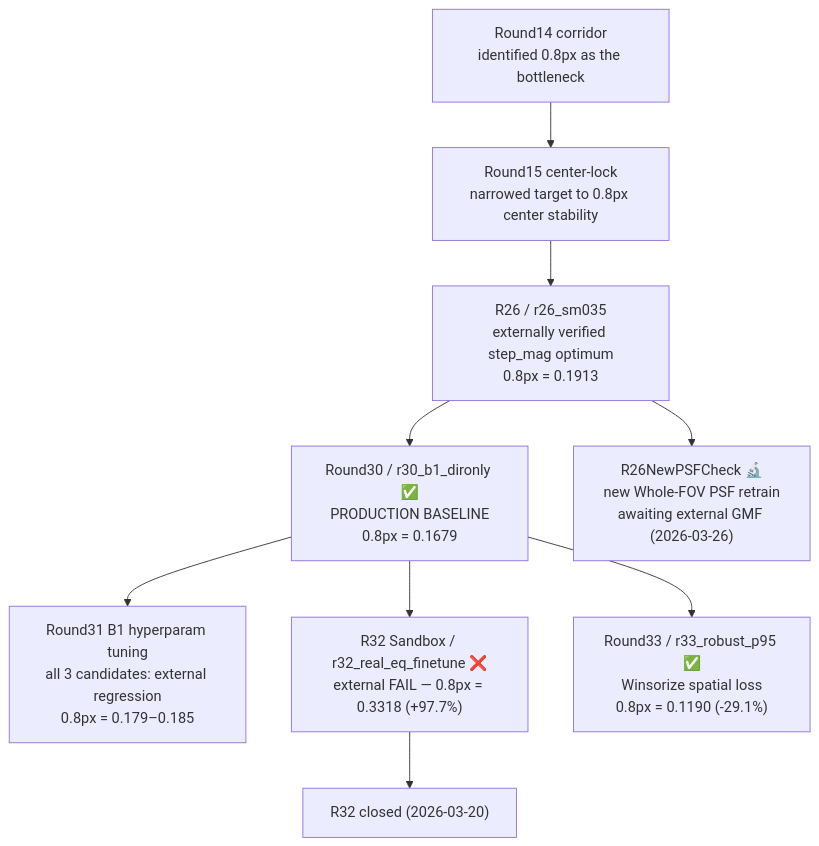
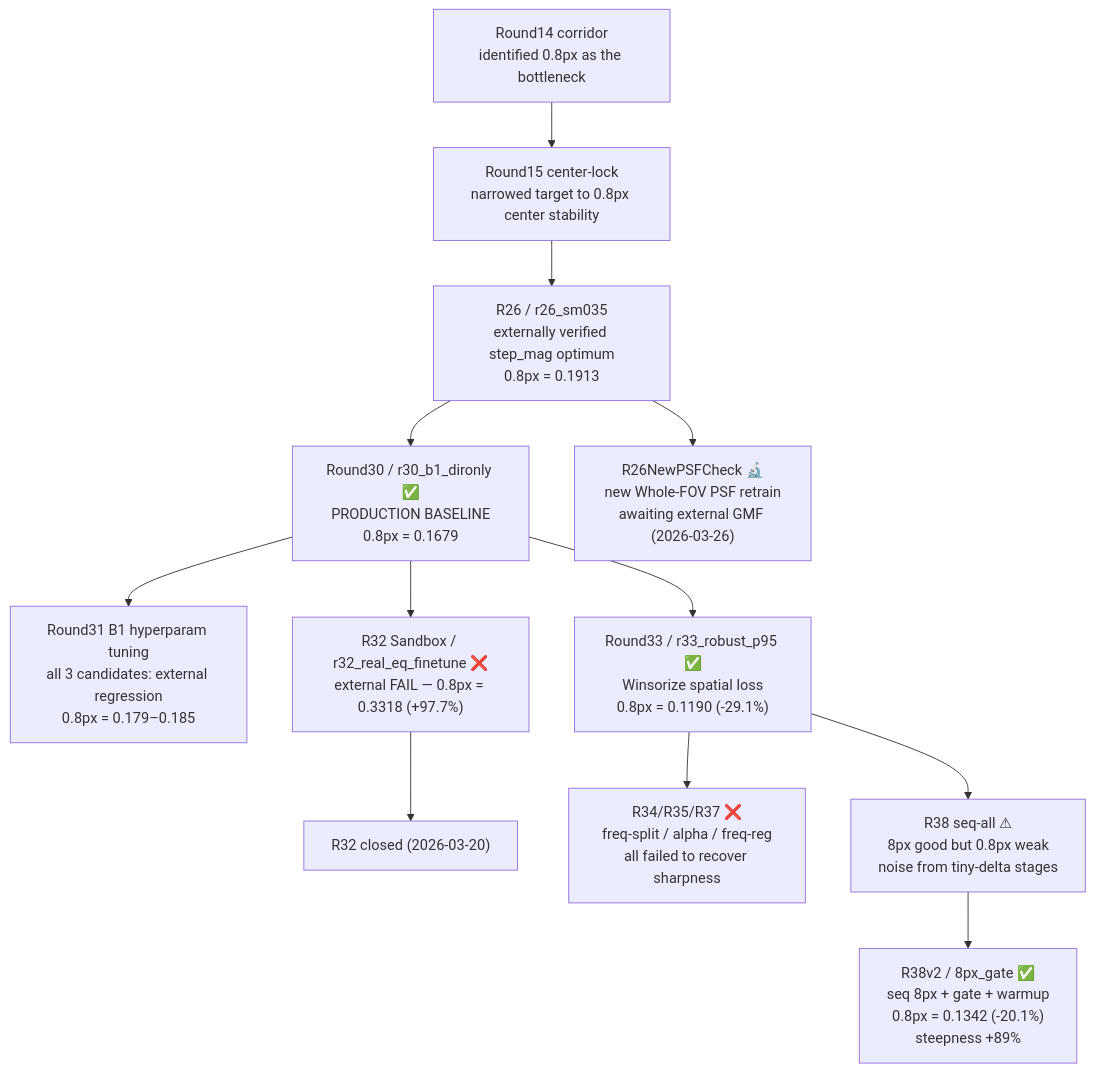
Before and after one commit to rio10255254/GMM_2_Final: the diagram in docs/analysis/RESEARCH_PATHS.md, drawn with Mermaid. The commit also changed other lines of this file and 245 other files, not shown here.

````diff
--- a/docs/analysis/RESEARCH_PATHS.md
+++ b/docs/analysis/RESEARCH_PATHS.md
@@ -8,11 +8,14 @@
 ```mermaid
 flowchart TD
     R14["Round14 corridor<br/>identified 0.8px as the bottleneck"] --> R15["Round15 center-lock<br/>narrowed target to 0.8px center stability"]
     R15 --> R26["R26 / r26_sm035<br/>externally verified step_mag optimum<br/>0.8px = 0.1913"]
     R26 --> R30["Round30 / r30_b1_dironly ✅<br/>PRODUCTION BASELINE<br/>0.8px = 0.1679"]
     R30 --> R31["Round31 B1 hyperparam tuning<br/>all 3 candidates: external regression<br/>0.8px = 0.179–0.185"]
     R30 --> R32["R32 Sandbox / r32_real_eq_finetune ❌<br/>external FAIL — 0.8px = 0.3318 (+97.7%)"]
     R32 --> CLOSED["R32 closed (2026-03-20)"]
     R26 --> R26PSF["R26NewPSFCheck 🔬<br/>new Whole-FOV PSF retrain<br/>awaiting external GMF (2026-03-26)"]
     R30 --> R33["Round33 / r33_robust_p95 ✅<br/>Winsorize spatial loss<br/>0.8px = 0.1190 (-29.1%)"]
+    R33 --> R34_37["R34/R35/R37 ❌<br/>freq-split / alpha / freq-reg<br/>all failed to recover sharpness"]
+    R33 --> R38["R38 seq-all ⚠<br/>8px good but 0.8px weak<br/>noise from tiny-delta stages"]
+    R38 --> R38v2["R38v2 / 8px_gate ✅<br/>seq 8px + gate + warmup<br/>0.8px = 0.1342 (-20.1%)<br/>steepness +89%"]
 ```
````
